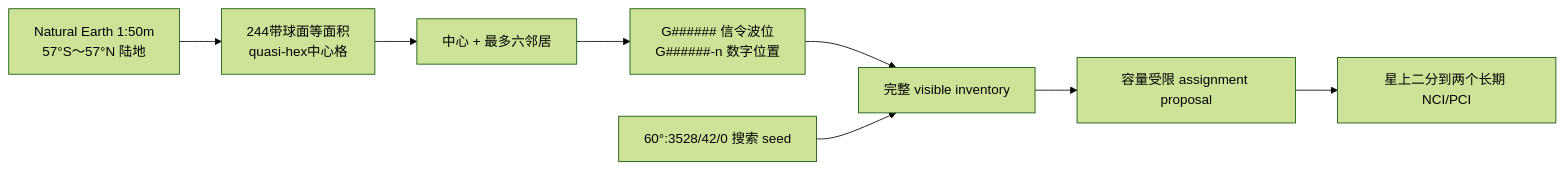
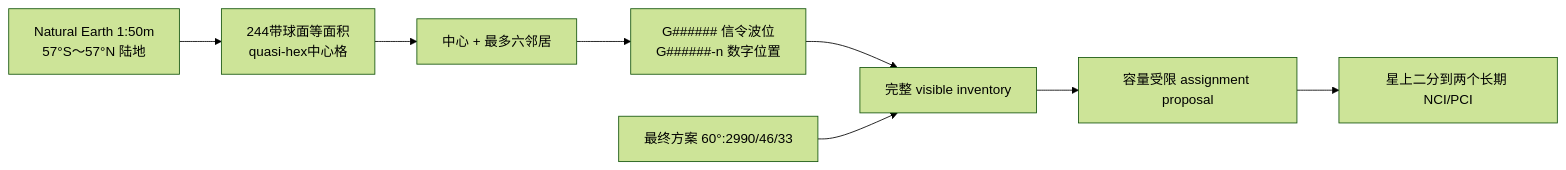
One commit to 13730100881bu-bot/SrsRAN_NTN_G1 changed the diagram in docs/ntn_beam_constellation_plan.md. Above: the diagram before and after it, drawn with Mermaid (forest theme). The commit also changed other lines of this file and 5 other files, not shown here.

````diff
--- a/docs/ntn_beam_constellation_plan.md
+++ b/docs/ntn_beam_constellation_plan.md
@@ -19,10 +19,10 @@
 ```mermaid
 flowchart LR
     MASK["Natural Earth 1:50m<br/>57°S～57°N 陆地"] --> GRID["244带球面等面积<br/>quasi-hex中心格"]
     GRID --> GROUP["中心 + 最多六邻居"]
     GROUP --> G["G###### 信令波位<br/>G######-n 数字位置"]
     G --> VISIBLE["完整 visible inventory"]
-    ORBIT["60°:3528/42/0 搜索 seed"] --> VISIBLE
+    ORBIT["最终方案 60°:2990/46/33"] --> VISIBLE
     VISIBLE --> ASSIGN["容量受限 assignment proposal"]
     ASSIGN --> SPLIT["星上二分到两个长期 NCI/PCI"]
 ```
````
